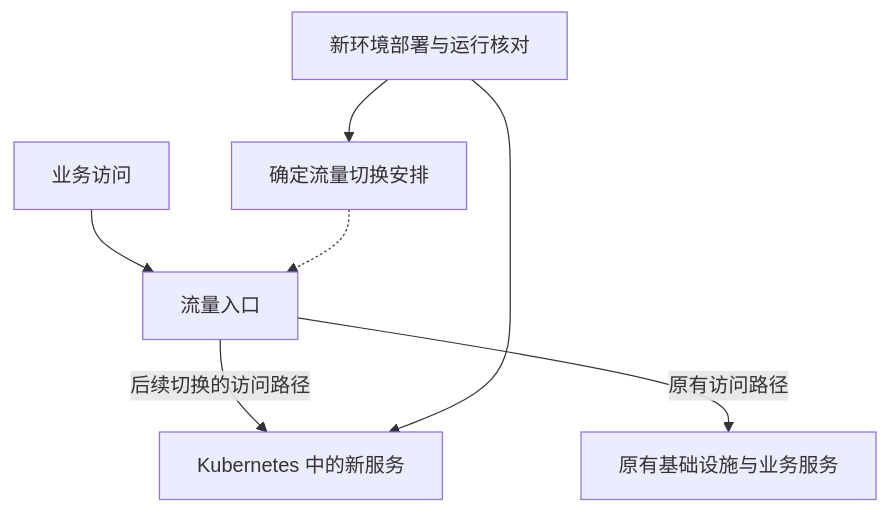
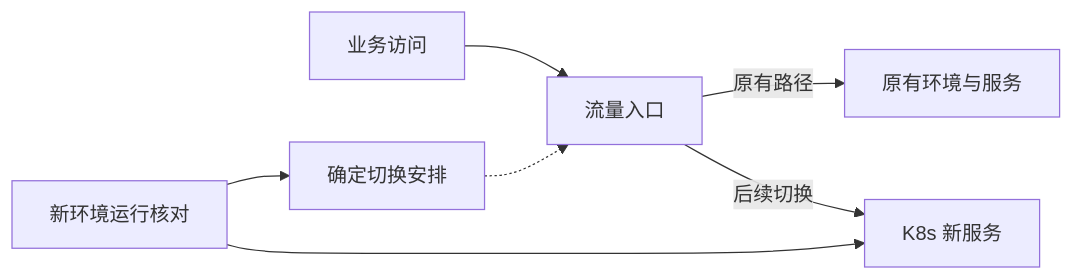
The third of 3 diagrams in content/cases/kubernetes-platform.md (cytlabs/personal-site), drawn with Mermaid before and after one commit. The commit also changed other lines of this file and 17 other files, not shown here.

First line of the commit message:
统一图表排版、主题和大图查看 (#15)

````diff
--- a/content/cases/kubernetes-platform.md
+++ b/content/cases/kubernetes-platform.md
@@ -56,9 +69,8 @@
 ```mermaid
-flowchart TD
+flowchart LR
     U["业务访问"] --> R["流量入口"]
-    R -->|原有访问路径| O["原有基础设施与业务服务"]
-    R -->|后续切换的访问路径| N["Kubernetes 中的新服务"]
-    C["新环境部署与运行核对"] --> N
-    C --> D["确定流量切换安排"]
-    D -.-> R
+    R -->|原有路径| O["原有环境与服务"]
+    R -->|后续切换| N["K8s 新服务"]
+    C["新环境运行核对"] --> D["确定切换安排"] -.-> R
+    C --> N
 ```
````
